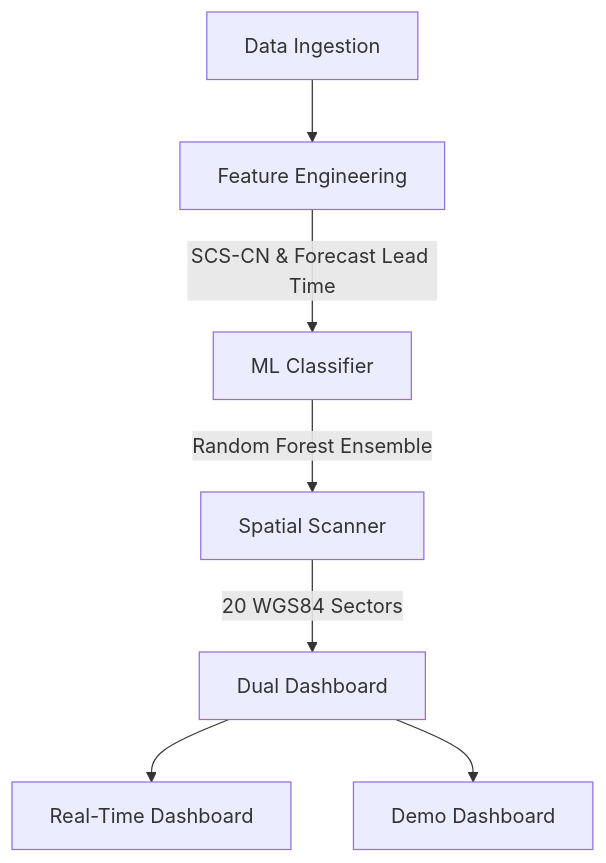
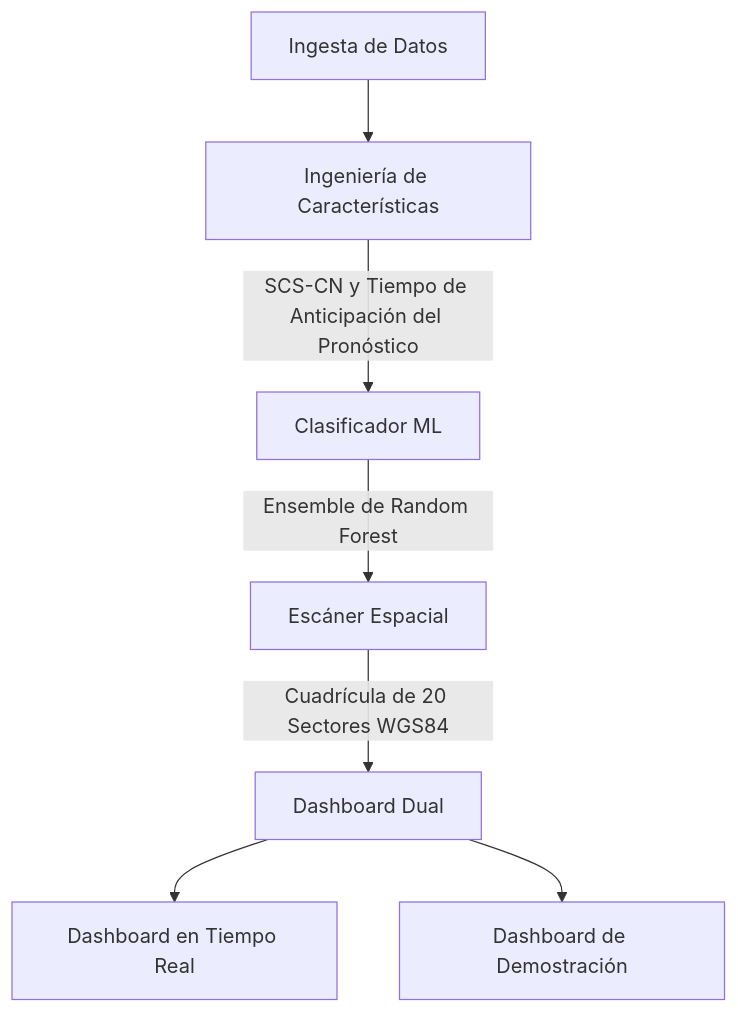
The diagram in README.md (moises-inc/Proyecto-Jupiter), drawn with Mermaid before and after one commit. The commit also changed other lines of this file and 23 other files, not shown here.

````diff
--- a/README.md
+++ b/README.md
@@ -7,9 +7,9 @@
 ```mermaid
 graph TD
-    A[Data Ingestion] --> B[Feature Engineering]
-    B -->|SCS-CN & Forecast Lead Time| C[ML Classifier]
-    C -->|Random Forest Ensemble| D[Spatial Scanner]
-    D -->|20 WGS84 Sectors| E[Dual Dashboard]
-    E --> F[Real-Time Dashboard]
-    E --> G[Demo Dashboard]
+    A[Ingesta de Datos] --> B[Ingeniería de Características]
+    B -->|SCS-CN y Tiempo de Anticipación del Pronóstico| C[Clasificador ML]
+    C -->|Ensemble de Random Forest| D[Escáner Espacial]
+    D -->|Cuadrícula de 20 Sectores WGS84| E[Dashboard Dual]
+    E --> F[Dashboard en Tiempo Real]
+    E --> G[Dashboard de Demostración]
 ```
````
